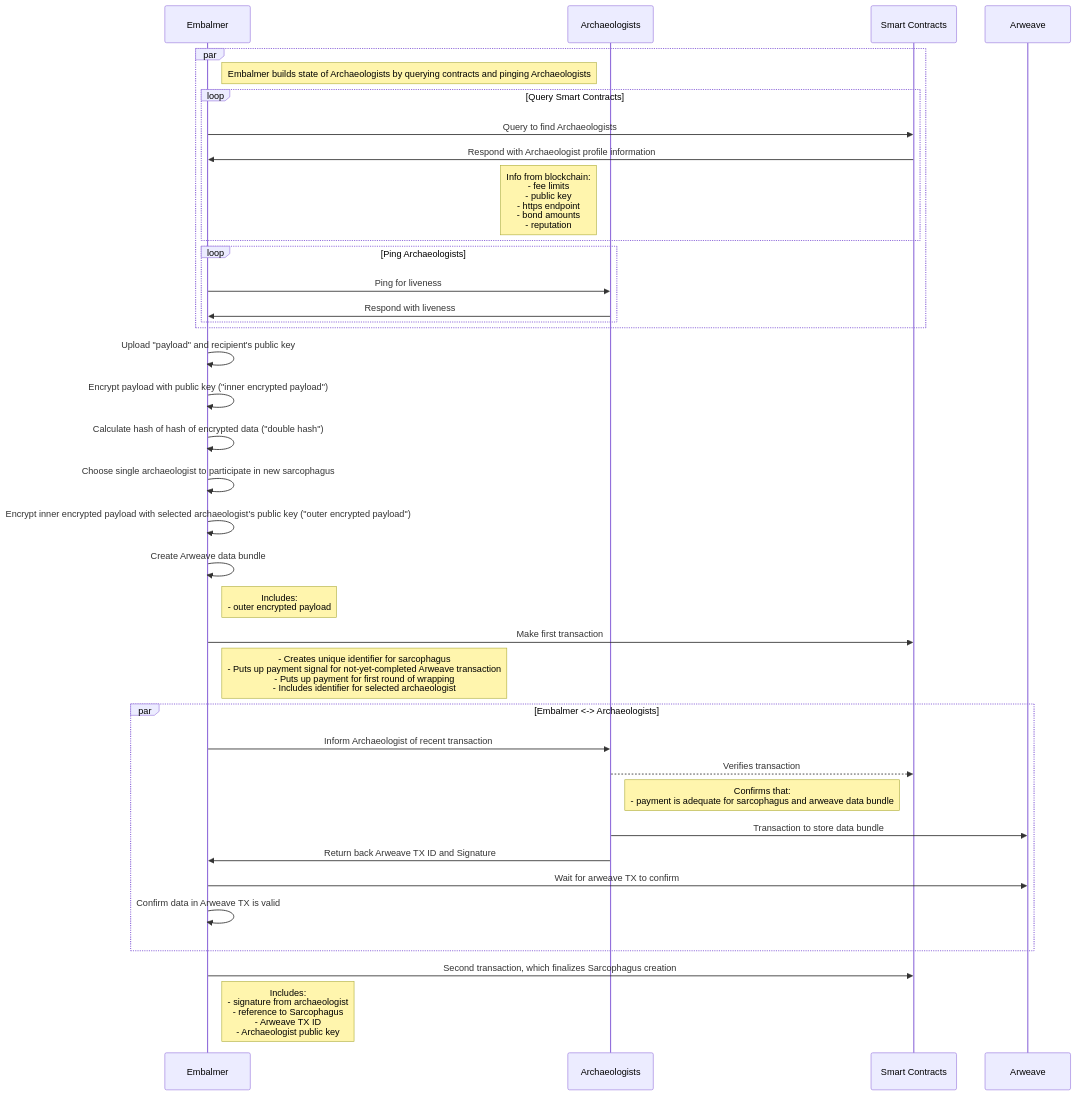
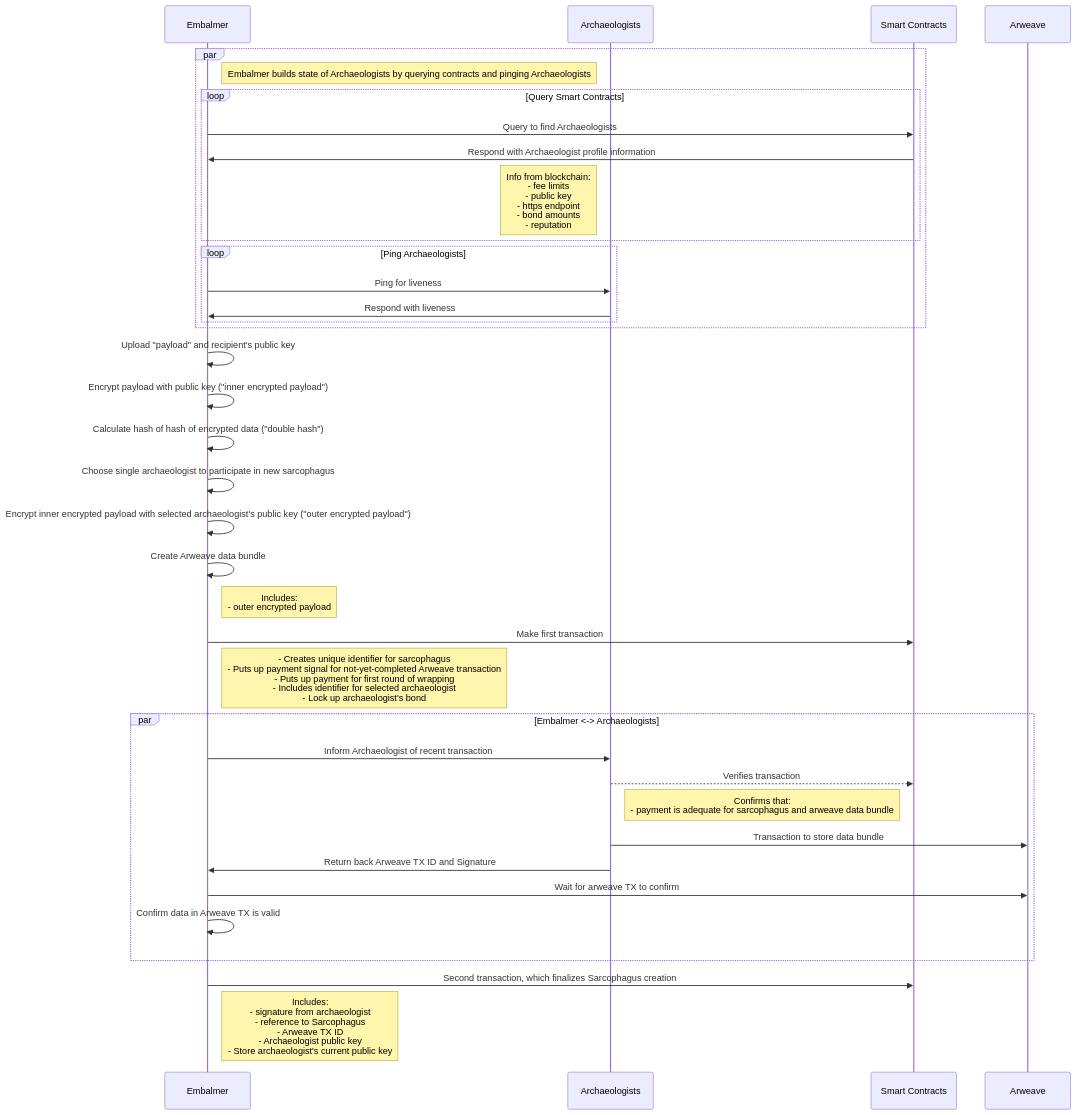
Before and after one commit to sarcophagus-org/sarcophagus-v2-specs: the diagram in v1/create-sarcophagus.md, drawn with Mermaid. The commit also changed 5 other files, not shown here.

````diff
--- a/v1/create-sarcophagus.md
+++ b/v1/create-sarcophagus.md
@@ -1,63 +1,63 @@
 ```mermaid
 sequenceDiagram
   participant Embalmer
   participant Archaeologists
   participant Smart Contracts
   participant Arweave
 
   par
     Note right of Embalmer: Embalmer builds state of Archaeologists by querying contracts and pinging Archaeologists
 
     loop Query Smart Contracts
       Embalmer->>Smart Contracts: Query to find Archaeologists
 
       Smart Contracts->>Embalmer: Respond with Archaeologist profile information
 
       Note left of Archaeologists: Info from blockchain:<br/>- fee limits<br/>- public key <br/>- https endpoint <br/>- bond amounts<br/>- reputation
     end
     
    loop Ping Archaeologists
       Embalmer->>Archaeologists: Ping for liveness
 
       Archaeologists->>Embalmer: Respond with liveness
     end
   end
 
   Embalmer->>Embalmer: Upload "payload" and recipient's public key
 
   Embalmer->>Embalmer: Encrypt payload with public key ("inner encrypted payload")
 
   Embalmer->>Embalmer: Calculate hash of hash of encrypted data ("double hash")
 
   Embalmer->>Embalmer: Choose single archaeologist to participate in new sarcophagus
 
   Embalmer->>Embalmer: Encrypt inner encrypted payload with selected archaeologist's public key ("outer encrypted payload")
 
   Embalmer->>Embalmer: Create Arweave data bundle
 
   Note right of Embalmer: Includes:<br/>- outer encrypted payload
 
   Embalmer->>Smart Contracts: Make first transaction
 
-  Note right of Embalmer:- Creates unique identifier for sarcophagus<br/>- Puts up payment signal for not-yet-completed Arweave transaction<br/>- Puts up payment for first round of wrapping<br/>- Includes identifier for selected archaeologist
+  Note right of Embalmer:- Creates unique identifier for sarcophagus<br/>- Puts up payment signal for not-yet-completed Arweave transaction<br/>- Puts up payment for first round of wrapping<br/>- Includes identifier for selected archaeologist<br/>- Lock up archaeologist's bond
 
   par Embalmer <-> Archaeologists
     Embalmer->>Archaeologists: Inform Archaeologist of recent transaction
 
     Archaeologists-->>Smart Contracts: Verifies transaction
 
     Note right of Archaeologists: Confirms that:<br/>- payment is adequate for sarcophagus and arweave data bundle
 
     Archaeologists->>Arweave: Transaction to store data bundle
 
     Archaeologists->>Embalmer: Return back Arweave TX ID and Signature
     
     Embalmer->>Arweave: Wait for arweave TX to confirm
 
     Embalmer->>Embalmer: Confirm data in Arweave TX is valid
   end
 
   Embalmer->>Smart Contracts: Second transaction, which finalizes Sarcophagus creation
 
-  Note right of Embalmer: Includes:<br/>- signature from archaeologist<br/>- reference to Sarcophagus<br/>- Arweave TX ID <br/>- Archaeologist public key
+  Note right of Embalmer: Includes:<br/>- signature from archaeologist<br/>- reference to Sarcophagus<br/>- Arweave TX ID <br/>- Archaeologist public key <br/>- Store archaeologist's current public key
 ```
````
